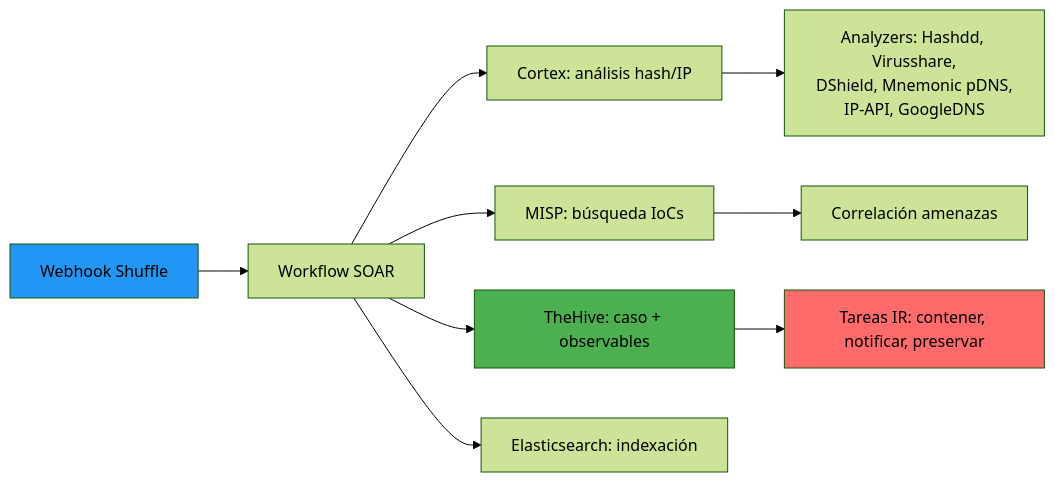
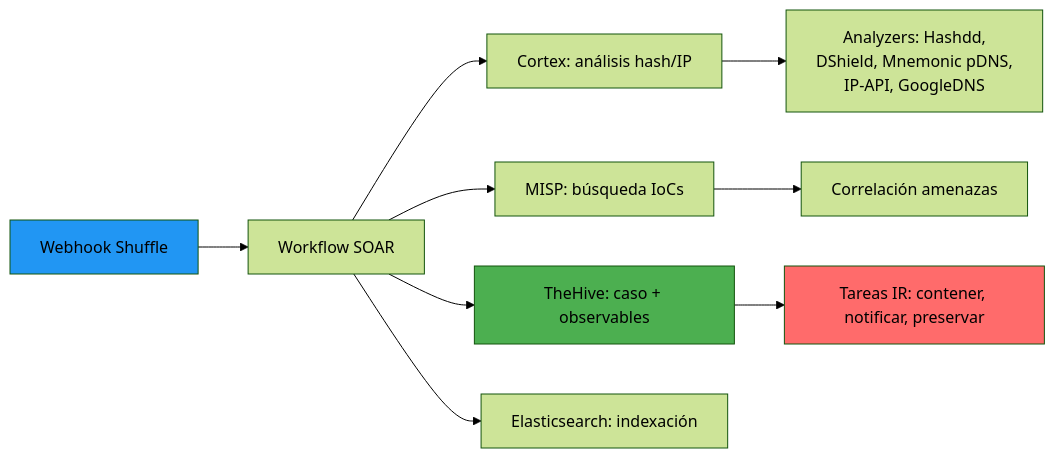
One commit to alesanfe/soar-ransomware-lab changed diagram 13 of 13 in docs/thesis/appendix_h.md. Above: the diagram before and after it, drawn with Mermaid (forest theme). The commit also changed other lines of this file, not shown here.

````diff
--- a/docs/thesis/appendix_h.md
+++ b/docs/thesis/appendix_h.md
@@ -453,14 +456,14 @@
 ```mermaid
 graph LR
  A[Webhook Shuffle] --> B[Workflow SOAR]
  B --> C[Cortex: análisis hash/IP]
  B --> D[MISP: búsqueda IoCs]
  B --> E[TheHive: caso + observables]
  B --> F[Elasticsearch: indexación]
- C --> G[Analyzers: Hashdd, Virusshare,<br/>DShield, Mnemonic pDNS,<br/>IP-API, GoogleDNS]
+ C --> G[Analyzers: Hashdd,<br/>DShield, Mnemonic pDNS,<br/>IP-API, GoogleDNS]
  D --> H[Correlación amenazas]
  E --> I[Tareas IR: contener, notificar, preservar]
  style A fill:#2196F3
  style E fill:#4CAF50
  style I fill:#ff6b6b
 ```
````
